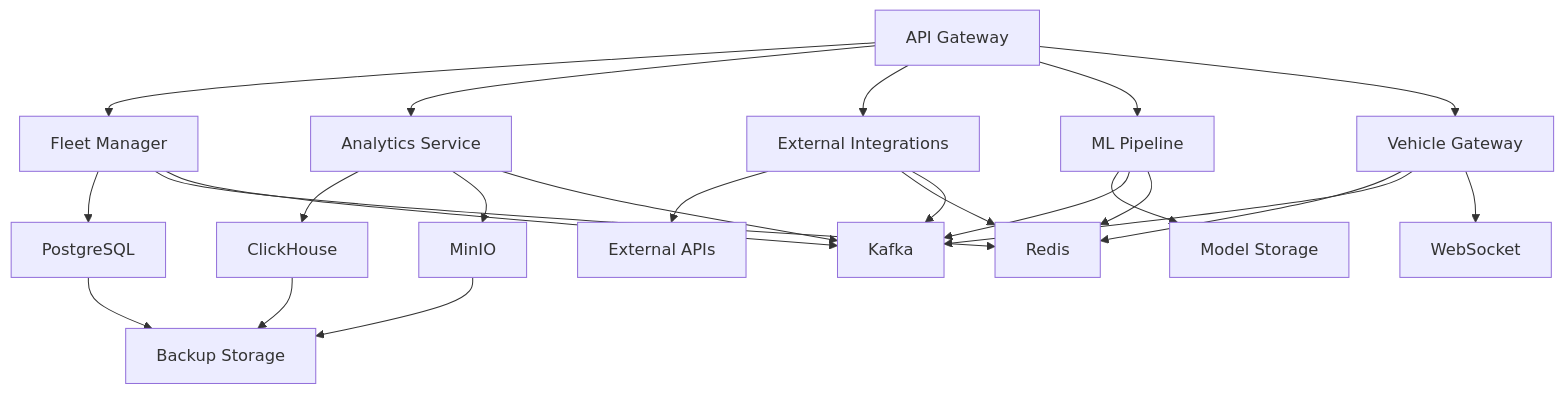
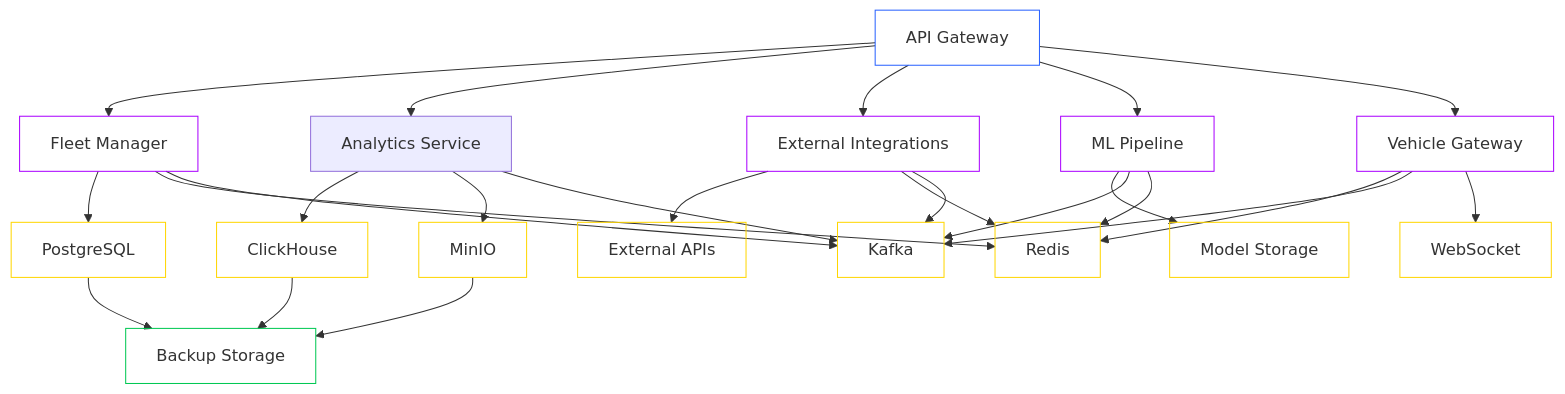
One commit to suprachakra/AtlasMesh-Fleet-OS changed the diagram in docs/operations/README.md. Above: the diagram before and after it, drawn with Mermaid. The commit also changed other lines of this file, not shown here.

````diff
--- a/docs/operations/README.md
+++ b/docs/operations/README.md
@@ -61,32 +61,27 @@
 ```mermaid
-graph TD
-    A[API Gateway] --> B[Fleet Manager]
-    A --> C[Analytics Service]
-    A --> D[External Integrations]
-    A --> E[ML Pipeline]
-    A --> F[Vehicle Gateway]
-    
-    B --> G[PostgreSQL]
-    B --> H[Redis]
-    B --> I[Kafka]
-    
-    C --> J[ClickHouse]
-    C --> K[MinIO]
-    C --> I
-    
-    D --> L[External APIs]
-    D --> H
-    D --> I
-    
-    E --> M[Model Storage]
-    E --> I
-    E --> H
-    
-    F --> H
-    F --> I
-    F --> N[WebSocket]
-    
-    G --> O[Backup Storage]
+flowchart TD
+    A["API Gateway"] --> B["Fleet Manager"] & C["Analytics Service"] & D["External Integrations"] & E["ML Pipeline"] & F["Vehicle Gateway"]
+    B --> G["PostgreSQL"] & H["Redis"] & I["Kafka"]
+    C --> J["ClickHouse"] & K["MinIO"] & I
+    D --> L["External APIs"] & H & I
+    E --> M["Model Storage"] & I & H
+    F --> H & I & N["WebSocket"]
+    G --> O["Backup Storage"]
     J --> O
     K --> O
+
+    style A stroke:#2962FF, fill:transparent
+    style B stroke:#AA00FF, fill:transparent
+    style D stroke:#AA00FF, fill:transparent
+    style E stroke:#AA00FF, fill:transparent
+    style F stroke:#AA00FF, fill:transparent
+    style G stroke:#FFD600, fill:transparent
+    style H stroke:#FFD600, fill:transparent
+    style I stroke:#FFD600, fill:transparent
+    style J stroke:#FFD600, fill:transparent
+    style K stroke:#FFD600, fill:transparent
+    style L stroke:#FFD600, fill:transparent
+    style M stroke:#FFD600, fill:transparent
+    style N stroke:#FFD600, fill:transparent
+    style O stroke:#00C853, fill:transparent
 ```
````
